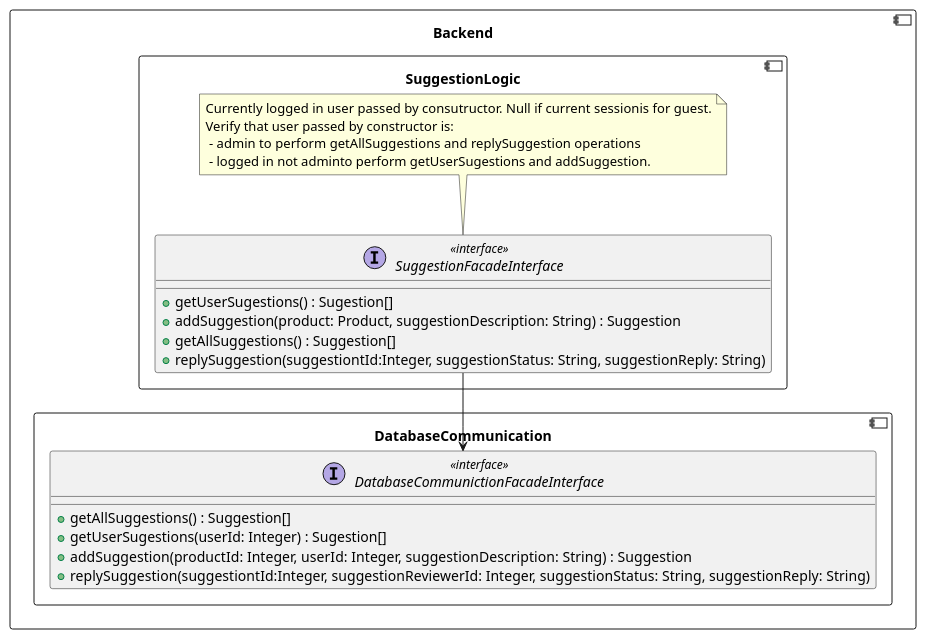
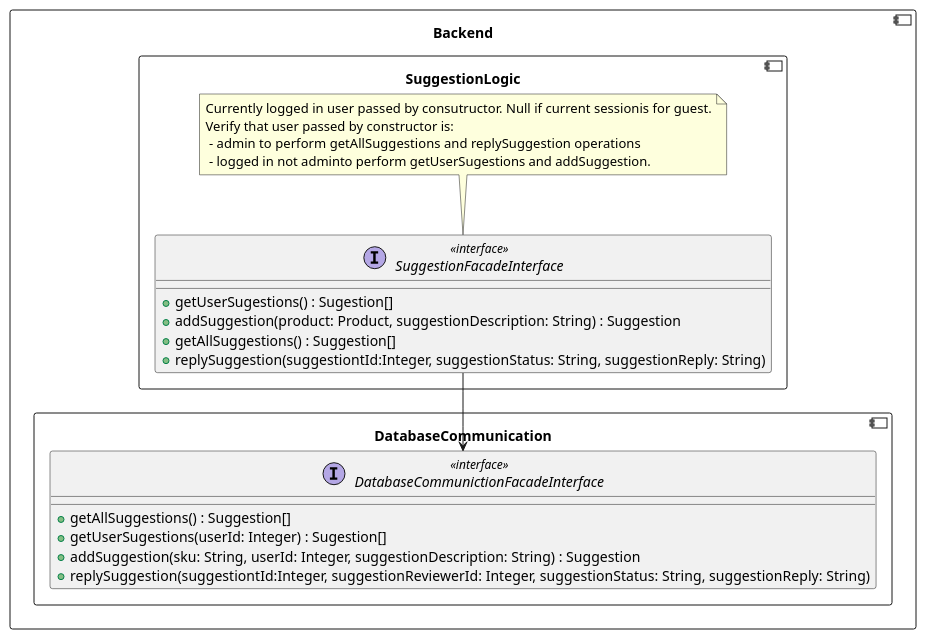
Before and after one commit to RadekBucki/OpinionCollectorArchitecture: the seventh of 9 diagrams in backend/BackendLogic.md, drawn with PlantUML. The commit also changed 2 other files, not shown here.

Commit message:
Remove product id

````diff
--- a/backend/BackendLogic.md
+++ b/backend/BackendLogic.md
@@ -205,32 +205,32 @@
 ```plantuml
 @startuml
 component Backend {
     component DatabaseCommunication {
         interface DatabaseCommunictionFacadeInterface <<interface>> {
             + getAllSuggestions() : Suggestion[]
             + getUserSugestions(userId: Integer) : Sugestion[]
-            + addSuggestion(productId: Integer, userId: Integer, suggestionDescription: String) : Suggestion
+            + addSuggestion(sku: String, userId: Integer, suggestionDescription: String) : Suggestion
             + replySuggestion(suggestiontId:Integer, suggestionReviewerId: Integer, suggestionStatus: String, suggestionReply: String)
         }
     }
     
     component SuggestionLogic {
         
         SuggestionFacadeInterface  --> DatabaseCommunictionFacadeInterface
         interface SuggestionFacadeInterface <<interface>> {
             + getUserSugestions() : Sugestion[]
             + addSuggestion(product: Product, suggestionDescription: String) : Suggestion
             + getAllSuggestions() : Suggestion[]
             + replySuggestion(suggestiontId:Integer, suggestionStatus: String, suggestionReply: String)
         }
     
         note top of SuggestionFacadeInterface
             Currently logged in user passed by consutructor. Null if current sessionis for guest.
             Verify that user passed by constructor is:
              - admin to perform  getAllSuggestions and replySuggestion operations
              - logged in not adminto perform getUserSugestions and addSuggestion.
         endnote
     }
 }
 @enduml 
 ```
````
